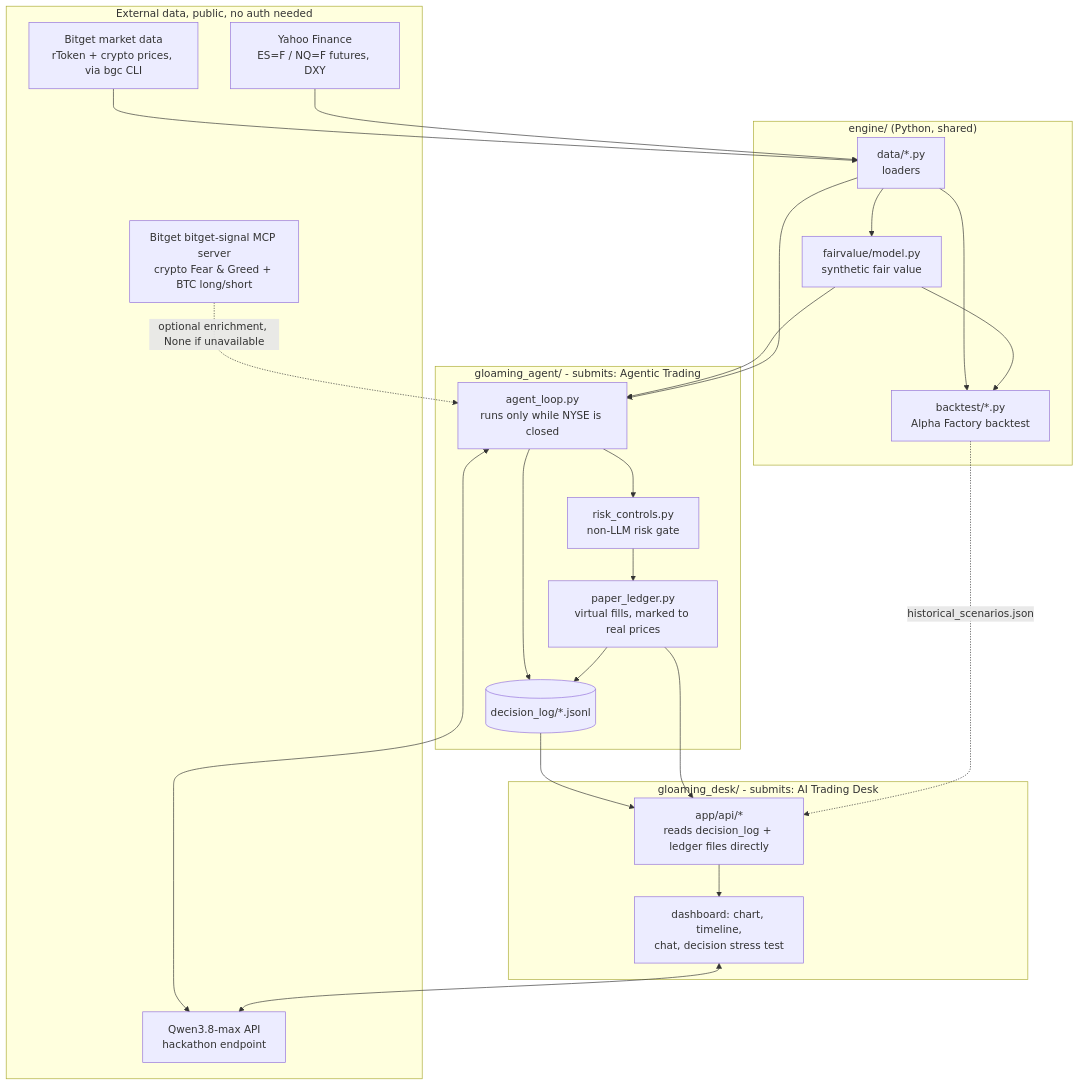
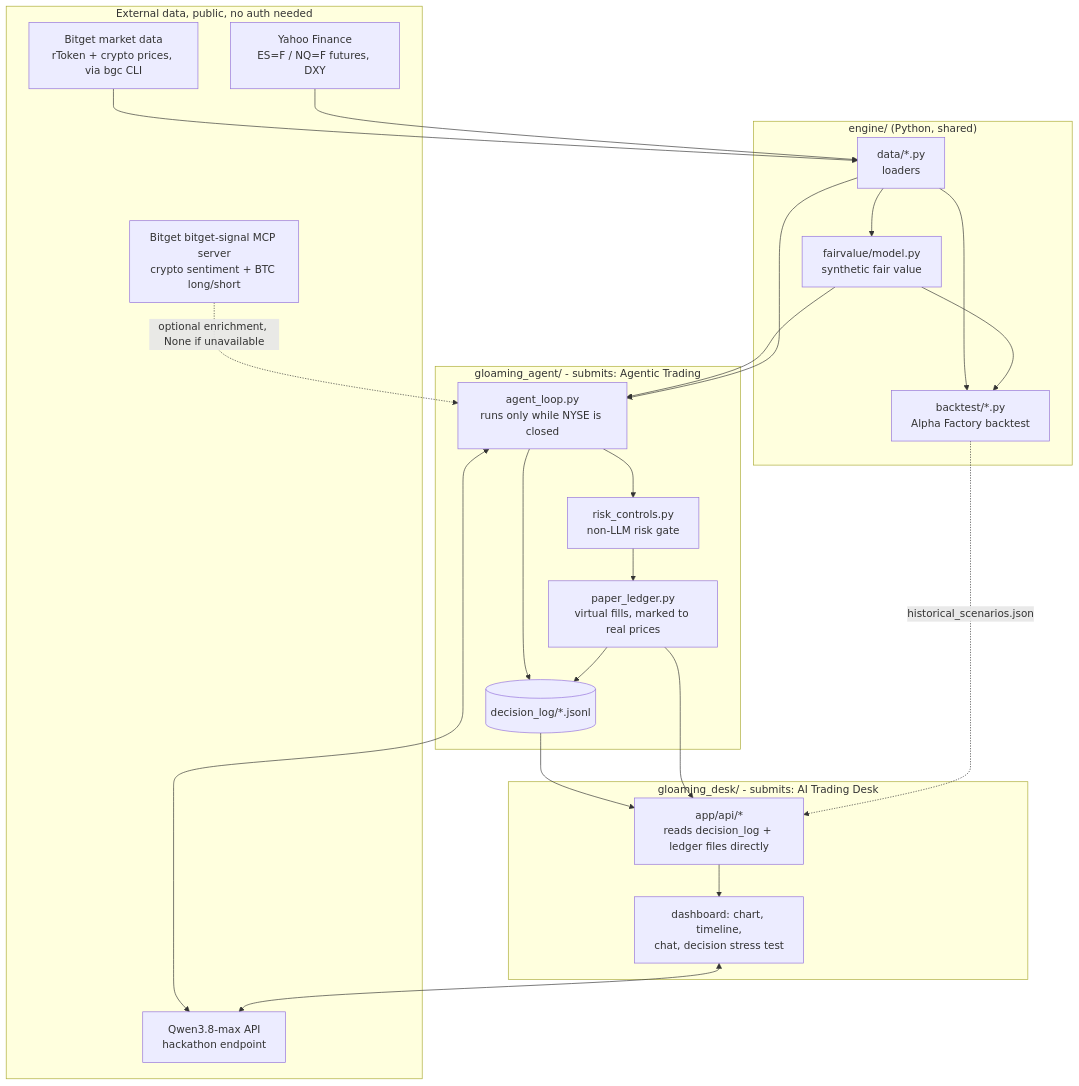
The diagram in docs/architecture.md (angelraph/gloaming), drawn with Mermaid before and after one commit.

Commit message:
Avoid unescaped & in the Mermaid diagram's bitget-signal node label
Some Mermaid renderers choke on a bare & inside a quoted node label.
Reworded to 'crypto sentiment' (matches the prose elsewhere in the doc)
to remove the risk, in case that's what was breaking the diagram render.

````diff
--- a/docs/architecture.md
+++ b/docs/architecture.md
@@ -5,48 +5,48 @@
 ```mermaid
 flowchart TB
     subgraph ext["External data, public, no auth needed"]
         bitget["Bitget market data<br/>rToken + crypto prices, via bgc CLI"]
         yahoo["Yahoo Finance<br/>ES=F / NQ=F futures, DXY"]
         qwen["Qwen3.8-max API<br/>hackathon endpoint"]
-        signal["Bitget bitget-signal MCP server<br/>crypto Fear & Greed + BTC long/short"]
+        signal["Bitget bitget-signal MCP server<br/>crypto sentiment + BTC long/short"]
     end
 
     subgraph engine["engine/ (Python, shared)"]
         data["data/*.py<br/>loaders"]
         fv["fairvalue/model.py<br/>synthetic fair value"]
         bt["backtest/*.py<br/>Alpha Factory backtest"]
     end
 
     bitget --> data
     yahoo --> data
     data --> fv
     data --> bt
     fv --> bt
 
     subgraph agent["gloaming_agent/  -  submits: Agentic Trading"]
         loop["agent_loop.py<br/>runs only while NYSE is closed"]
         risk["risk_controls.py<br/>non-LLM risk gate"]
         ledger["paper_ledger.py<br/>virtual fills, marked to real prices"]
         log[("decision_log/*.jsonl")]
     end
 
     fv --> loop
     data --> loop
     signal -. "optional enrichment, None if unavailable" .-> loop
     loop <--> qwen
     loop --> risk
     risk --> ledger
     loop --> log
     ledger --> log
 
     subgraph desk["gloaming_desk/  -  submits: AI Trading Desk"]
         api["app/api/*<br/>reads decision_log + ledger files directly"]
         ui["dashboard: chart, timeline,<br/>chat, decision stress test"]
     end
 
     log --> api
     ledger --> api
     bt -. "historical_scenarios.json" .-> api
     api --> ui
     ui <--> qwen
 ```
````
